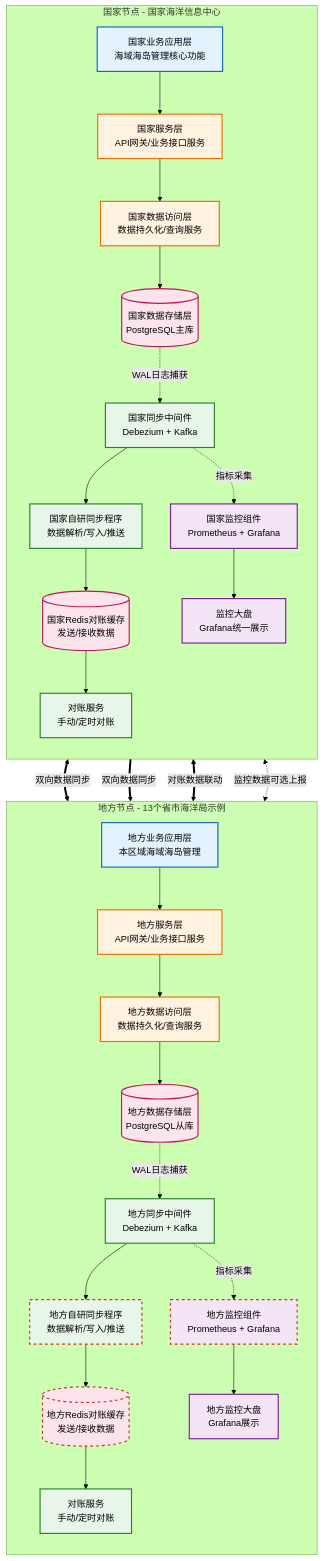
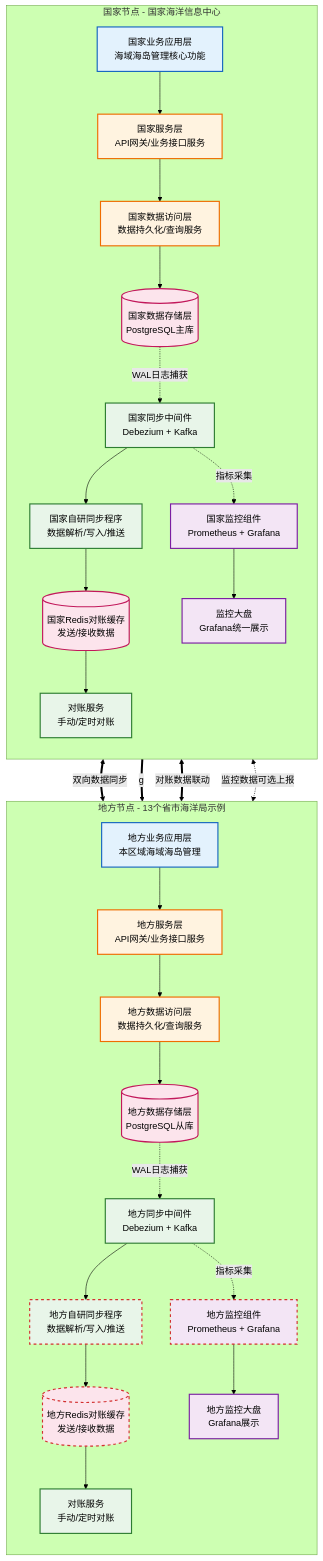
The diagram in all/未命名-1.md (MyJohn2/iodraw-files), drawn with Mermaid (forest theme) before and after one commit.

Commit message:
2026-03-03 18:36:50 update

````diff
--- a/all/未命名-1.md
+++ b/all/未命名-1.md
@@ -1,71 +1,71 @@
 ```mermaid
 flowchart TD
     %% 定义样式
     classDef app fill:#e3f2fd,stroke:#1565c0,stroke-width:2px;
     classDef service fill:#fff3e0,stroke:#ef6c00,stroke-width:2px;
     classDef data fill:#fce4ec,stroke:#c2185b,stroke-width:2px;
     classDef sync fill:#e8f5e9,stroke:#2e7d32,stroke-width:2px;
     classDef monitor fill:#f3e5f5,stroke:#7b1fa2,stroke-width:2px;
     classDef linkLine stroke:#d32f2f,stroke-width:2px,stroke-dasharray: 5 5;
 
     %% 国家节点 - 修复了标题括号问题
     subgraph NationNode [国家节点 - 国家海洋信息中心]
         direction TB
         A1[国家业务应用层<br/>海域海岛管理核心功能]:::app
         B1[国家服务层<br/>API网关/业务接口服务]:::service
         C1[国家数据访问层<br/>数据持久化/查询服务]:::service
         D1[(国家数据存储层<br/>PostgreSQL主库)]:::data
         E1[国家同步中间件<br/>Debezium + Kafka]:::sync
         F1[国家自研同步程序<br/>数据解析/写入/推送]:::sync
         G1[(国家Redis对账缓存<br/>发送/接收数据)]:::data
         H1[国家监控组件<br/>Prometheus + Grafana]:::monitor
         I1[对账服务<br/>手动/定时对账]:::sync
         J1[监控大盘<br/>Grafana统一展示]:::monitor
 
         A1 --> B1
         B1 --> C1
         C1 --> D1
         D1 -.->|WAL日志捕获 | E1
         E1 --> F1
         F1 --> G1
         E1 -.->|指标采集 | H1
         G1 --> I1
         H1 --> J1
     end
     
     %% 地方节点 - 修复了标题括号问题
     subgraph LocalNode [地方节点 - 13个省市海洋局示例]
         direction TB
         A2[地方业务应用层<br/>本区域海域海岛管理]:::app
         B2[地方服务层<br/>API网关/业务接口服务]:::service
         C2[地方数据访问层<br/>数据持久化/查询服务]:::service
         D2[(地方数据存储层<br/>PostgreSQL从库)]:::data
         E2[地方同步中间件<br/>Debezium + Kafka]:::sync
         F2[地方自研同步程序<br/>数据解析/写入/推送]:::sync
         G2[(地方Redis对账缓存<br/>发送/接收数据)]:::data
         H2[地方监控组件<br/>Prometheus + Grafana]:::monitor
         I2[对账服务<br/>手动/定时对账]:::sync
         J2[地方监控大盘<br/>Grafana展示]:::monitor
 
         A2 --> B2
         B2 --> C2
         C2 --> D2
         D2 -.->|WAL日志捕获 | E2
         E2 --> F2
         F2 --> G2
         E2 -.->|指标采集 | H2
         G2 --> I2
         H2 --> J2
     end
     
     %% 跨节点交互
     F1 <==>|双向数据同步 | F2:::linkLine
-    E1 ==>|双向数据同步 | F2:::linkLine
+    E1 ==>|g | F2:::linkLine
     G1 <==>|对账数据联动 | G2:::linkLine
     H1 <-.->|监控数据可选上报 | H2:::linkLine
     
 
 
 
 
 ```
````
